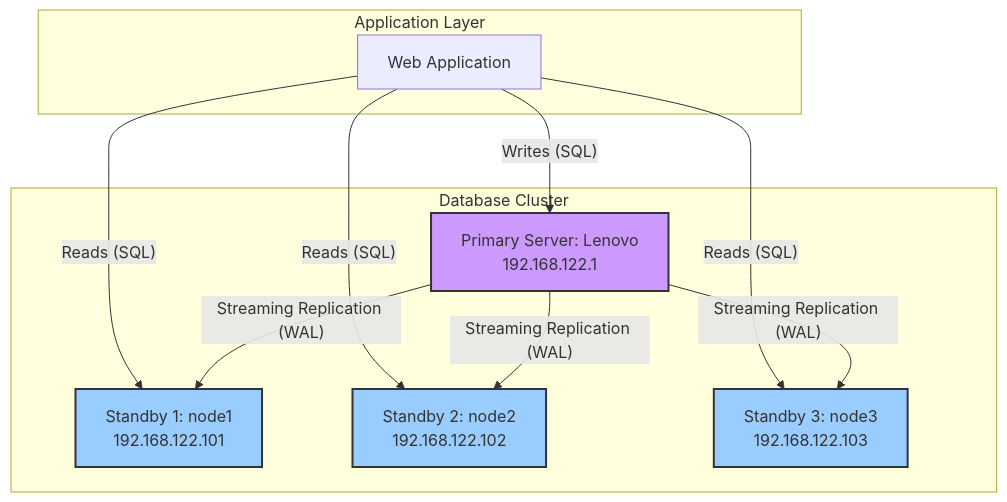
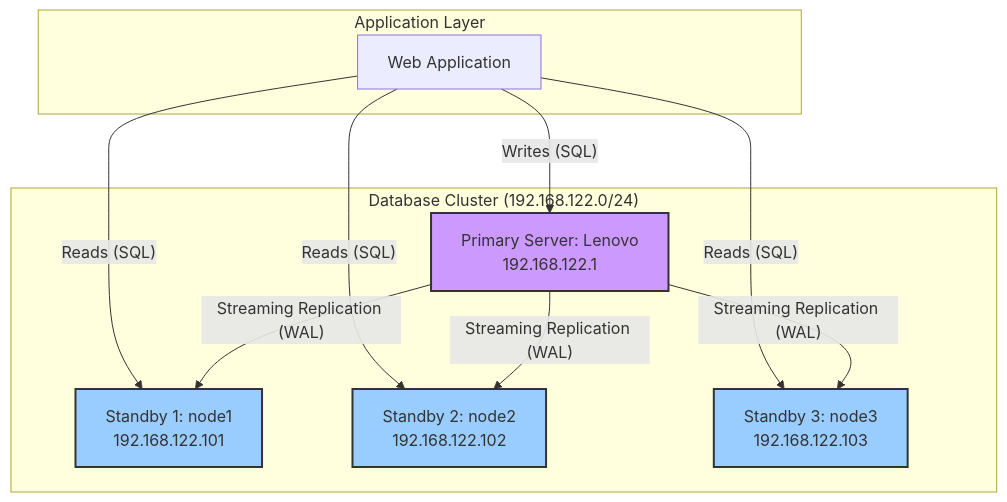
One commit to finnzxje/INT14148 changed the diagram in README.md. Above: the diagram before and after it, drawn with Mermaid.

````diff
--- a/README.md
+++ b/README.md
@@ -33,23 +33,33 @@
 ```mermaid
+
 graph TD
-    subgraph Application Layer
+    subgraph "Application Layer"
         A[Web Application]
     end
-    subgraph Database Cluster
-        P[Primary Server: Lenovo\n192.168.122.1]
-        S1[Standby 1: node1\n192.168.122.101]
-        S2[Standby 2: node2\n192.168.122.102]
-        S3[Standby 3: node3\n192.168.122.103]
+
+    subgraph "Database Cluster (192.168.122.0/24)"
+        P[Primary Server: Lenovo
+        192.168.122.1]
+        S1[Standby 1: node1
+        192.168.122.101]
+        S2[Standby 2: node2
+        192.168.122.102]
+        S3[Standby 3: node3
+        192.168.122.103]
     end
+
     A -- "Writes (SQL)" --> P
     A -- "Reads (SQL)" --> S1
     A -- "Reads (SQL)" --> S2
     A -- "Reads (SQL)" --> S3
+
     P -- "Streaming Replication (WAL)" --> S1
     P -- "Streaming Replication (WAL)" --> S2
     P -- "Streaming Replication (WAL)" --> S3
+
     style P fill:#c9f,stroke:#333,stroke-width:2px
     style S1 fill:#9cf,stroke:#333,stroke-width:2px
     style S2 fill:#9cf,stroke:#333,stroke-width:2px
     style S3 fill:#9cf,stroke:#333,stroke-width:2px
+
 ```
````
